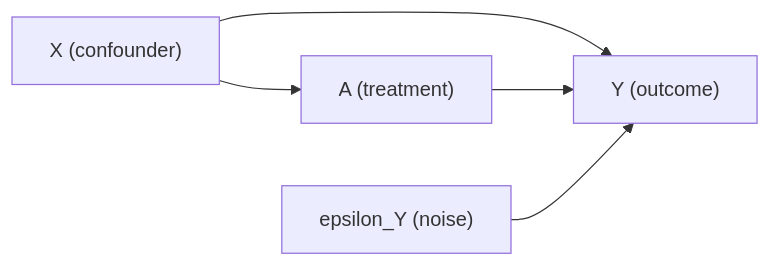
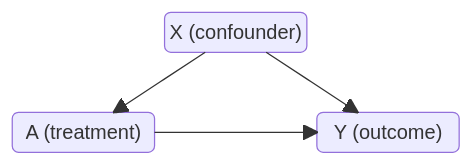
Before and after one commit to Statsinference/Statistical-Intelligence-Arena: the diagram in .github/PULL_REQUEST_TEMPLATE/simulated-dgp.md, drawn with Mermaid. The commit also changed other lines of this file and 10 other files, not shown here.

Commit message:
Use triangular causal diagrams and define structural symbols

````diff
--- a/.github/PULL_REQUEST_TEMPLATE/simulated-dgp.md
+++ b/.github/PULL_REQUEST_TEMPLATE/simulated-dgp.md
@@ -17,7 +17,10 @@
 ```mermaid
-flowchart LR
-    X["X (confounder)"] --> A["A (treatment)"]
-    X --> Y["Y (outcome)"]
-    A --> Y
-    epsilon_Y["epsilon_Y (noise)"] --> Y
+block-beta
+  columns 3
+  space X("X (confounder)") space
+  space:3
+  A("A (treatment)") space Y("Y (outcome)")
+  A --> Y
+  X --> Y
+  X --> A
 ```
````
